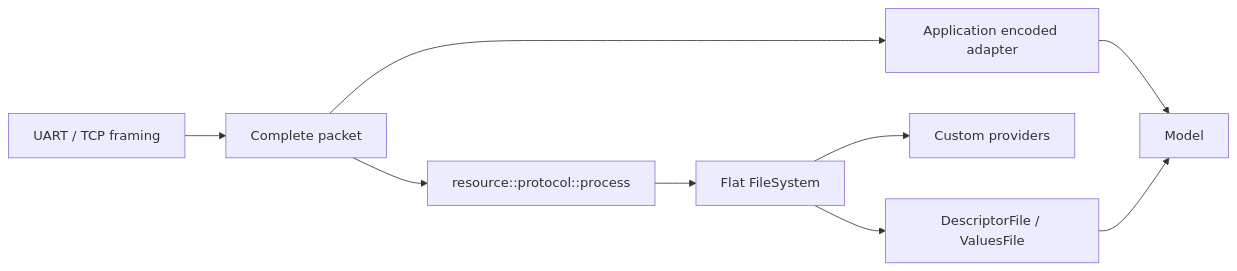
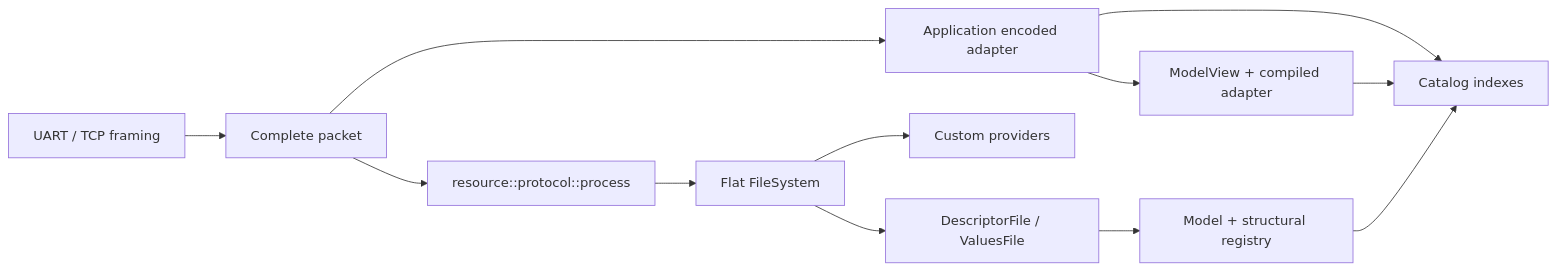
The diagram in README.md (shpegun60/telemetry), drawn with Mermaid before and after one commit. The commit also changed other lines of this file and 22 other files, not shown here.

````diff
--- a/README.md
+++ b/README.md
@@ -254,11 +265,14 @@
 ```mermaid
 flowchart LR
     A[UART / TCP framing] --> B[Complete packet]
     B --> C[Application encoded adapter]
-    C --> D[Model]
+    C --> D[Catalog indexes]
+    C --> V[ModelView + compiled adapter]
+    V --> D
     B --> E[resource::protocol::process]
     E --> F[Flat FileSystem]
     F --> G[Custom providers]
     F --> H[DescriptorFile / ValuesFile]
-    H --> D
+    H --> M[Model + structural registry]
+    M --> D
 ```
````
